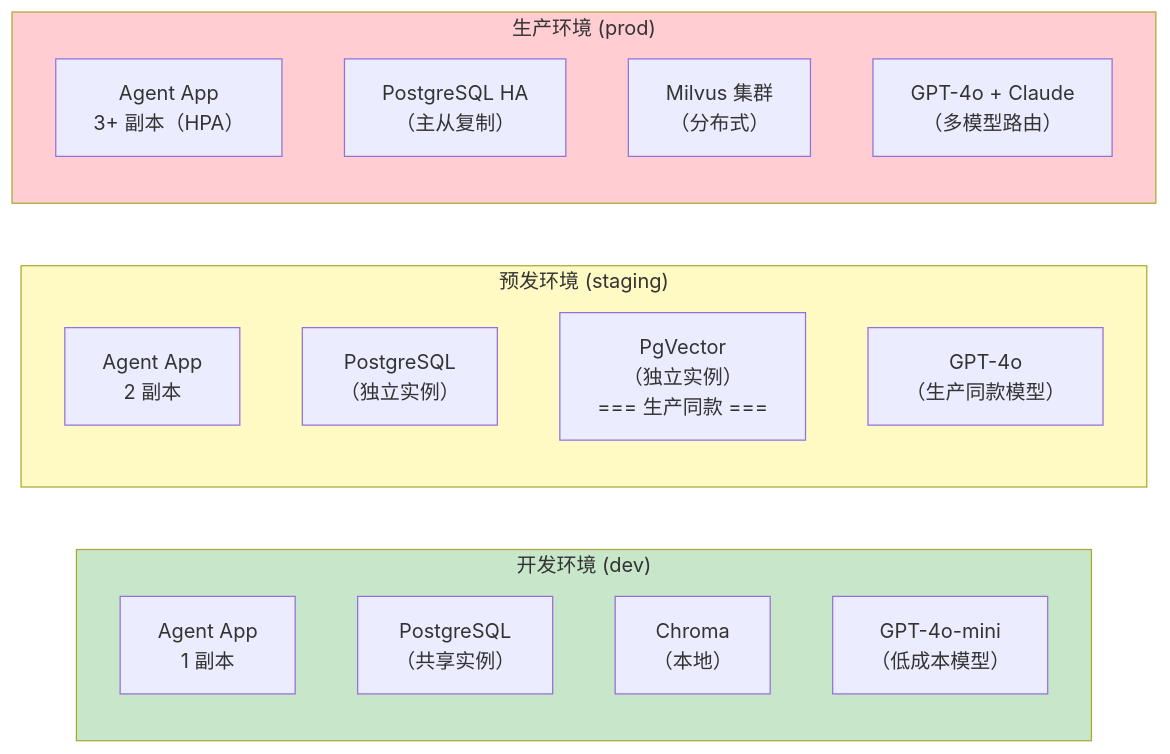
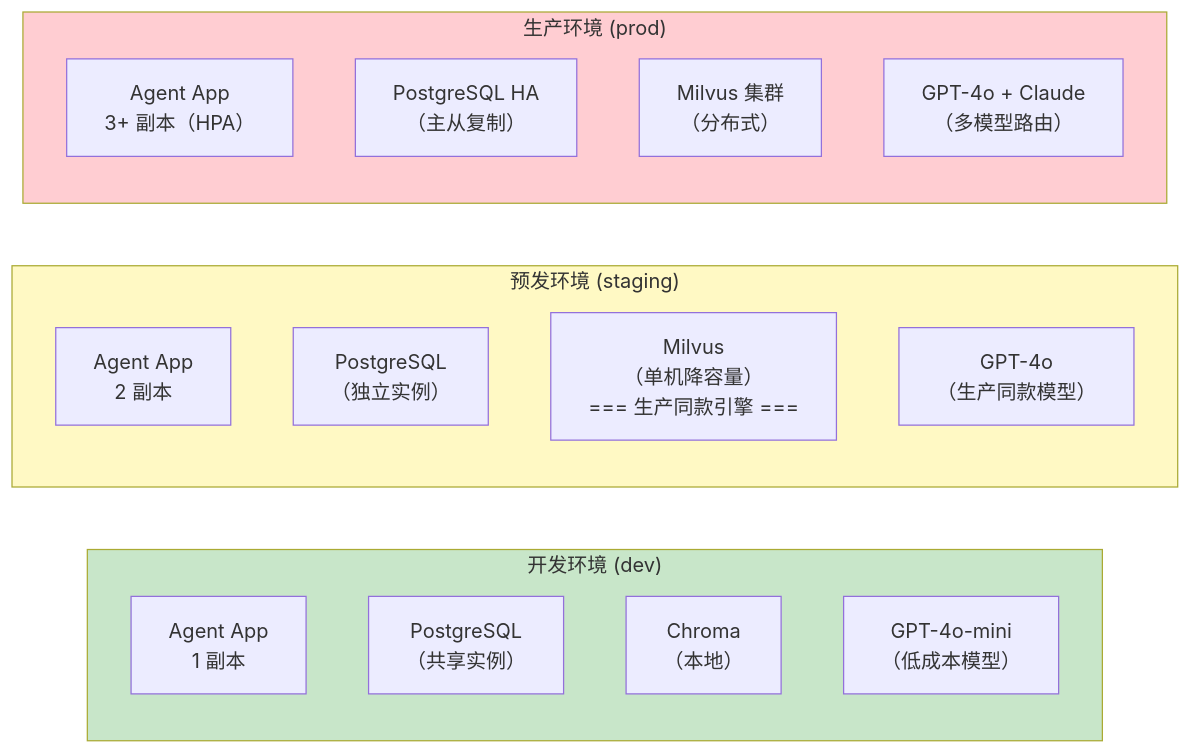
Before and after one commit to UranusGit/java-agent-learn: the sixth of 11 diagrams in docs/教程/33-部署与运维.md, drawn with Mermaid. The commit also changed other lines of this file and 244 other files, not shown here.

````diff
--- a/docs/教程/33-部署与运维.md
+++ b/docs/教程/33-部署与运维.md
@@ -513,27 +719,27 @@
 ```mermaid
 graph LR
     subgraph DEV["开发环境 (dev)"]
         D_APP["Agent App<br/>1 副本"]
         D_DB["PostgreSQL<br/>（共享实例）"]
         D_VEC["Chroma<br/>（本地）"]
         D_LLM["GPT-4o-mini<br/>（低成本模型）"]
     end
 
     subgraph STAGING["预发环境 (staging)"]
         S_APP["Agent App<br/>2 副本"]
         S_DB["PostgreSQL<br/>（独立实例）"]
-        S_VEC["PgVector<br/>（独立实例）<br/>=== 生产同款 ==="]
+        S_VEC["Milvus<br/>（单机降容量）<br/>=== 生产同款引擎 ==="]
         S_LLM["GPT-4o<br/>（生产同款模型）"]
     end
 
     subgraph PROD["生产环境 (prod)"]
         P_APP["Agent App<br/>3+ 副本（HPA）"]
         P_DB["PostgreSQL HA<br/>（主从复制）"]
         P_VEC["Milvus 集群<br/>（分布式）"]
         P_LLM["GPT-4o + Claude<br/>（多模型路由）"]
     end
 
     style DEV fill:#c8e6c9
     style STAGING fill:#fff9c4
     style PROD fill:#ffcdd2
 ```
````
